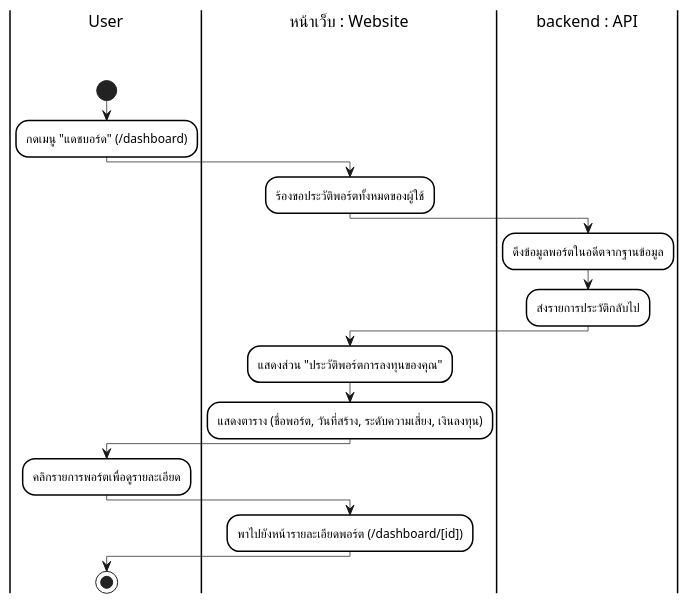
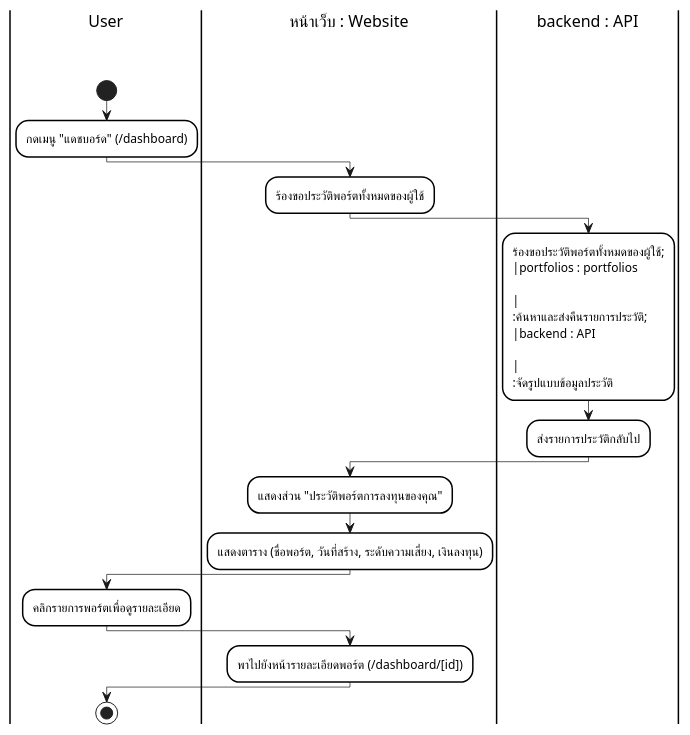
The ninth of 15 diagrams in docs/diagrams/plantuml_source/plantuml_activity_diagrams.md (Anatta-at/my-portfolio-app), drawn with PlantUML before and after one commit. The commit also changed other lines of this file and 20 other files, not shown here.

Commit message:
docs: Update diagrams to use specific DB table swimlanes and participants based on new schema

````diff
--- a/docs/diagrams/plantuml_source/plantuml_activity_diagrams.md
+++ b/docs/diagrams/plantuml_source/plantuml_activity_diagrams.md
@@ -374,39 +374,39 @@
 ```plantuml
 @startuml
 skinparam monochrome true
 skinparam shadowing false
 skinparam backgroundcolor white
 skinparam ranksep 50
 
 skinparam SwimlaneBorderColor black
 skinparam SwimlaneBorderThickness 1.5
 skinparam SwimlaneBackgroundColor white
 skinparam SwimlaneTitleBackgroundColor white
 skinparam SwimlaneTitleFontColor black
 skinparam SwimlaneTitleFontSize 16
 skinparam SwimlaneTitleFontName Arial
 
 skinparam ActivityBackgroundColor white
 skinparam ActivityBorderColor black
 skinparam ActivityBorderThickness 1.5
 skinparam ArrowThickness 0.7
 
 |User\n\n|
 start
 :กดเมนู "แดชบอร์ด" (/dashboard);
 |หน้าเว็บ : Website\n\n|
 :ร้องขอประวัติพอร์ตทั้งหมดของผู้ใช้;
 |backend : API\n\n|
-:ดึงข้อมูลพอร์ตในอดีตจากฐานข้อมูล;
+:ร้องขอประวัติพอร์ตทั้งหมดของผู้ใช้;\n|portfolios : portfolios\n\n|\n:ค้นหาและส่งคืนรายการประวัติ;\n|backend : API\n\n|\n:จัดรูปแบบข้อมูลประวัติ;
 :ส่งรายการประวัติกลับไป;
 |หน้าเว็บ : Website\n\n|
 :แสดงส่วน "ประวัติพอร์ตการลงทุนของคุณ";
 :แสดงตาราง (ชื่อพอร์ต, วันที่สร้าง, ระดับความเสี่ยง, เงินลงทุน);
 |User\n\n|
 :คลิกรายการพอร์ตเพื่อดูรายละเอียด;
 |หน้าเว็บ : Website\n\n|
 :พาไปยังหน้ารายละเอียดพอร์ต (/dashboard/[id]);
 |User\n\n|
 stop
 @enduml
 ```
````
